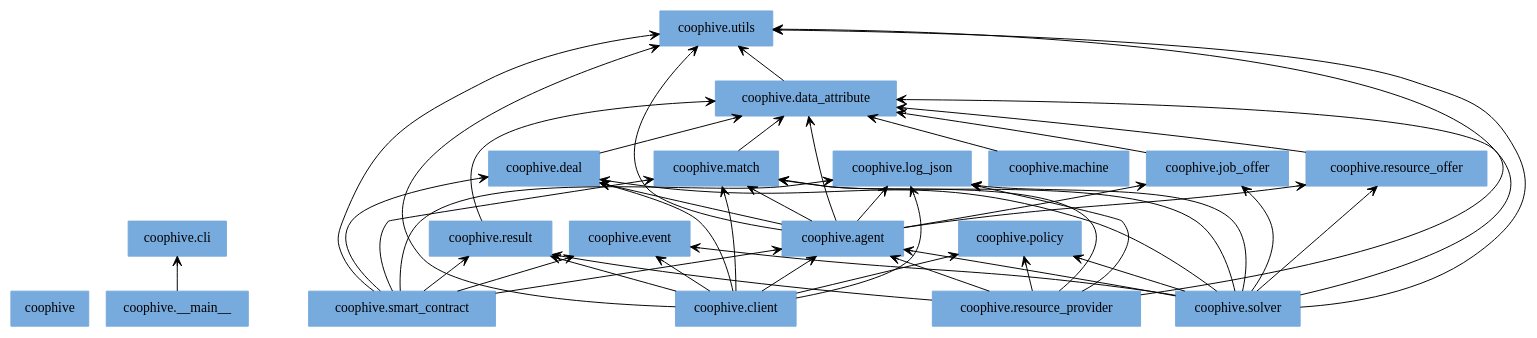
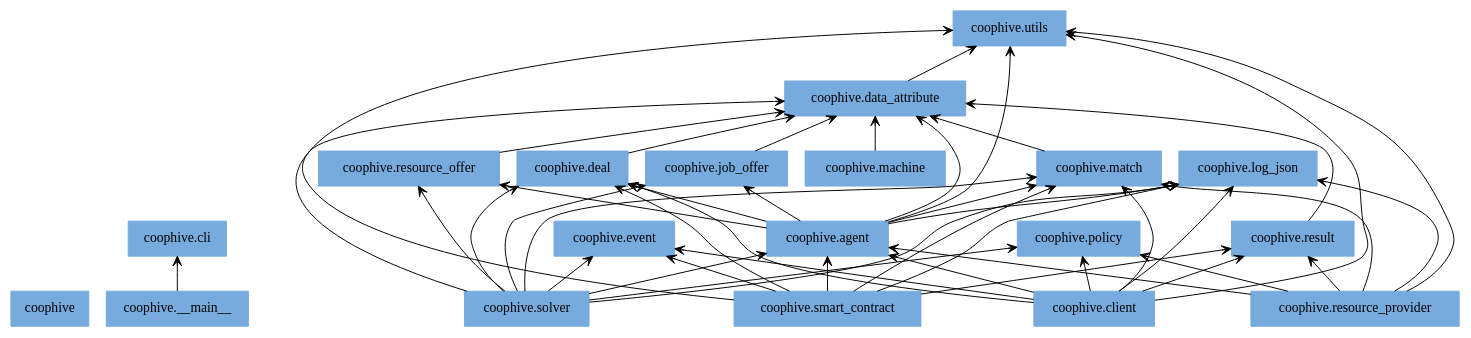
Before and after one commit to CoopHive/Apiary: the diagram in docs/img/packages_coophive.dot, drawn with Graphviz. The commit also changed 3 other files, not shown here.

```diff
--- a/docs/img/packages_coophive.dot
+++ b/docs/img/packages_coophive.dot
@@ -1,69 +1,68 @@
 digraph "packages_coophive" {
 rankdir=BT
 charset="utf-8"
 "coophive" [color="#77AADD", label=<coophive>, shape="box", style="filled"];
 "coophive.__main__" [color="#77AADD", label=<coophive.__main__>, shape="box", style="filled"];
 "coophive.agent" [color="#77AADD", label=<coophive.agent>, shape="box", style="filled"];
 "coophive.cli" [color="#77AADD", label=<coophive.cli>, shape="box", style="filled"];
 "coophive.client" [color="#77AADD", label=<coophive.client>, shape="box", style="filled"];
 "coophive.data_attribute" [color="#77AADD", label=<coophive.data_attribute>, shape="box", style="filled"];
 "coophive.deal" [color="#77AADD", label=<coophive.deal>, shape="box", style="filled"];
 "coophive.event" [color="#77AADD", label=<coophive.event>, shape="box", style="filled"];
 "coophive.job_offer" [color="#77AADD", label=<coophive.job_offer>, shape="box", style="filled"];
 "coophive.log_json" [color="#77AADD", label=<coophive.log_json>, shape="box", style="filled"];
 "coophive.machine" [color="#77AADD", label=<coophive.machine>, shape="box", style="filled"];
 "coophive.match" [color="#77AADD", label=<coophive.match>, shape="box", style="filled"];
 "coophive.policy" [color="#77AADD", label=<coophive.policy>, shape="box", style="filled"];
 "coophive.resource_offer" [color="#77AADD", label=<coophive.resource_offer>, shape="box", style="filled"];
 "coophive.resource_provider" [color="#77AADD", label=<coophive.resource_provider>, shape="box", style="filled"];
 "coophive.result" [color="#77AADD", label=<coophive.result>, shape="box", style="filled"];
 "coophive.smart_contract" [color="#77AADD", label=<coophive.smart_contract>, shape="box", style="filled"];
 "coophive.solver" [color="#77AADD", label=<coophive.solver>, shape="box", style="filled"];
 "coophive.utils" [color="#77AADD", label=<coophive.utils>, shape="box", style="filled"];
 "coophive.__main__" -> "coophive.cli" [arrowhead="open", arrowtail="none"];
 "coophive.agent" -> "coophive.data_attribute" [arrowhead="open", arrowtail="none"];
 "coophive.agent" -> "coophive.deal" [arrowhead="open", arrowtail="none"];
 "coophive.agent" -> "coophive.job_offer" [arrowhead="open", arrowtail="none"];
 "coophive.agent" -> "coophive.log_json" [arrowhead="open", arrowtail="none"];
 "coophive.agent" -> "coophive.match" [arrowhead="open", arrowtail="none"];
 "coophive.agent" -> "coophive.resource_offer" [arrowhead="open", arrowtail="none"];
 "coophive.agent" -> "coophive.utils" [arrowhead="open", arrowtail="none"];
 "coophive.client" -> "coophive.agent" [arrowhead="open", arrowtail="none"];
 "coophive.client" -> "coophive.deal" [arrowhead="open", arrowtail="none"];
 "coophive.client" -> "coophive.event" [arrowhead="open", arrowtail="none"];
 "coophive.client" -> "coophive.log_json" [arrowhead="open", arrowtail="none"];
 "coophive.client" -> "coophive.match" [arrowhead="open", arrowtail="none"];
 "coophive.client" -> "coophive.policy" [arrowhead="open", arrowtail="none"];
 "coophive.client" -> "coophive.result" [arrowhead="open", arrowtail="none"];
 "coophive.client" -> "coophive.utils" [arrowhead="open", arrowtail="none"];
 "coophive.data_attribute" -> "coophive.utils" [arrowhead="open", arrowtail="none"];
 "coophive.deal" -> "coophive.data_attribute" [arrowhead="open", arrowtail="none"];
 "coophive.job_offer" -> "coophive.data_attribute" [arrowhead="open", arrowtail="none"];
 "coophive.machine" -> "coophive.data_attribute" [arrowhead="open", arrowtail="none"];
 "coophive.match" -> "coophive.data_attribute" [arrowhead="open", arrowtail="none"];
 "coophive.resource_offer" -> "coophive.data_attribute" [arrowhead="open", arrowtail="none"];
 "coophive.resource_provider" -> "coophive.agent" [arrowhead="open", arrowtail="none"];
 "coophive.resource_provider" -> "coophive.log_json" [arrowhead="open", arrowtail="none"];
 "coophive.resource_provider" -> "coophive.match" [arrowhead="open", arrowtail="none"];
 "coophive.resource_provider" -> "coophive.policy" [arrowhead="open", arrowtail="none"];
 "coophive.resource_provider" -> "coophive.result" [arrowhead="open", arrowtail="none"];
 "coophive.resource_provider" -> "coophive.utils" [arrowhead="open", arrowtail="none"];
 "coophive.result" -> "coophive.data_attribute" [arrowhead="open", arrowtail="none"];
 "coophive.smart_contract" -> "coophive.agent" [arrowhead="open", arrowtail="none"];
 "coophive.smart_contract" -> "coophive.deal" [arrowhead="open", arrowtail="none"];
 "coophive.smart_contract" -> "coophive.event" [arrowhead="open", arrowtail="none"];
 "coophive.smart_contract" -> "coophive.log_json" [arrowhead="open", arrowtail="none"];
 "coophive.smart_contract" -> "coophive.match" [arrowhead="open", arrowtail="none"];
 "coophive.smart_contract" -> "coophive.result" [arrowhead="open", arrowtail="none"];
 "coophive.smart_contract" -> "coophive.utils" [arrowhead="open", arrowtail="none"];
 "coophive.solver" -> "coophive.agent" [arrowhead="open", arrowtail="none"];
 "coophive.solver" -> "coophive.data_attribute" [arrowhead="open", arrowtail="none"];
 "coophive.solver" -> "coophive.deal" [arrowhead="open", arrowtail="none"];
 "coophive.solver" -> "coophive.event" [arrowhead="open", arrowtail="none"];
 "coophive.solver" -> "coophive.job_offer" [arrowhead="open", arrowtail="none"];
 "coophive.solver" -> "coophive.log_json" [arrowhead="open", arrowtail="none"];
 "coophive.solver" -> "coophive.match" [arrowhead="open", arrowtail="none"];
 "coophive.solver" -> "coophive.policy" [arrowhead="open", arrowtail="none"];
 "coophive.solver" -> "coophive.resource_offer" [arrowhead="open", arrowtail="none"];
-"coophive.solver" -> "coophive.utils" [arrowhead="open", arrowtail="none"];
 }
```
